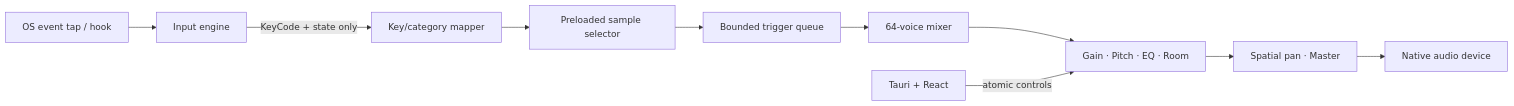
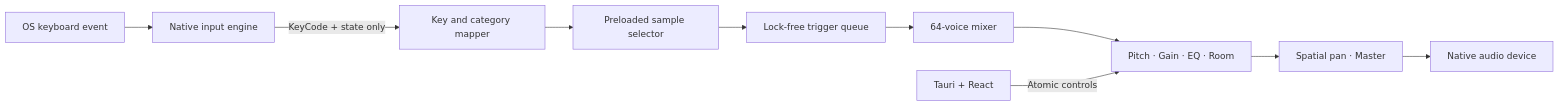
One commit to Devesh36/KeyTone changed the diagram in README.md. Above: the diagram before and after it, drawn with Mermaid. The commit also changed other lines of this file and 1 other file, not shown here.

````diff
--- a/README.md
+++ b/README.md
@@ -24,12 +68,12 @@
 ```mermaid
 flowchart LR
-    OS[OS event tap / hook] --> Input[Input engine]
-    Input -->|KeyCode + state only| Map[Key/category mapper]
+    OS[OS keyboard event] --> Input[Native input engine]
+    Input -->|KeyCode + state only| Map[Key and category mapper]
     Map --> Select[Preloaded sample selector]
-    Select --> Queue[Bounded trigger queue]
+    Select --> Queue[Lock-free trigger queue]
     Queue --> Voices[64-voice mixer]
-    Voices --> DSP[Gain · Pitch · EQ · Room]
+    Voices --> DSP[Pitch · Gain · EQ · Room]
     DSP --> Pan[Spatial pan · Master]
-    Pan --> CPAL[Native audio device]
-    UI[Tauri + React] -->|atomic controls| DSP
+    Pan --> Device[Native audio device]
+    UI[Tauri + React] -->|Atomic controls| DSP
 ```
````
